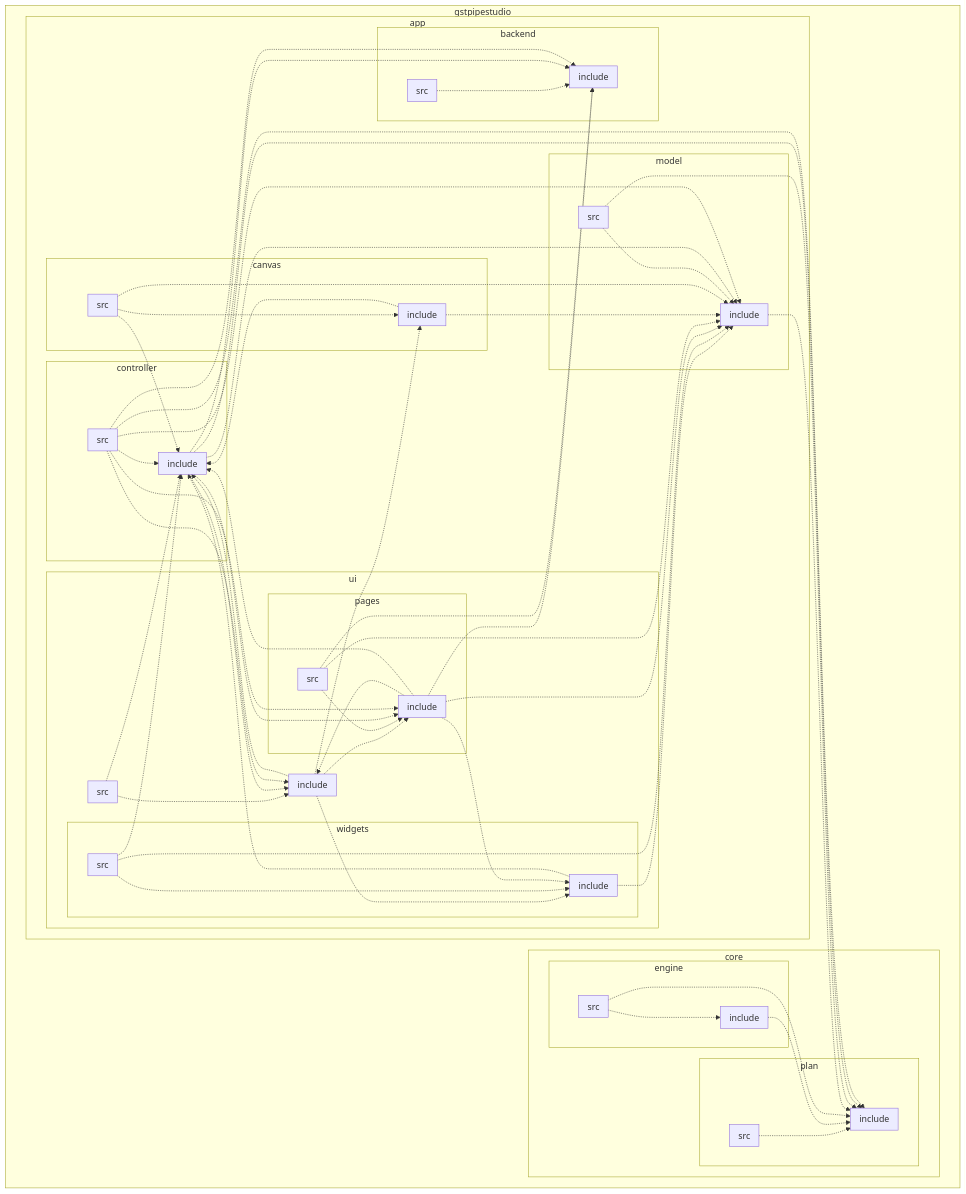
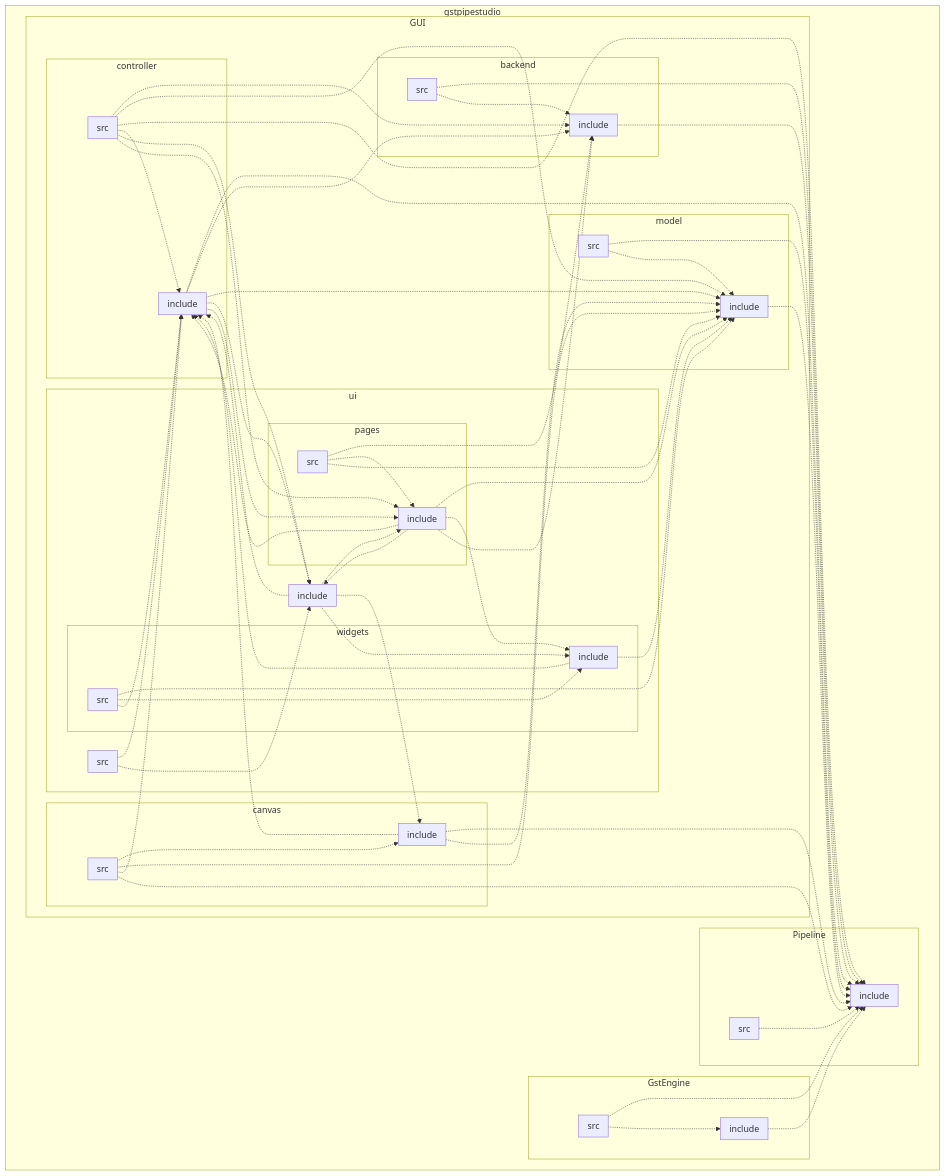
Before and after one commit to mevlt01001/GstPipeStudio: the diagram in gstpipestudio/docs/uml/architecture_overview.mmd, drawn with Mermaid. The commit also changed 14 other files, not shown here.

Commit message:
docs(uml): update UML diagrams [skip ci]

```diff
--- a/gstpipestudio/docs/uml/architecture_overview.mmd
+++ b/gstpipestudio/docs/uml/architecture_overview.mmd
@@ -1,107 +1,109 @@
 flowchart
     subgraph C_0017057495108627587053[gstpipestudio]
-    subgraph C_0012894861064521867090[core]
-    subgraph C_0002971759619185555352[plan]
-    subgraph C_0010367999445651334064[include]
+    subgraph C_0011100877587838171635[Pipeline]
+    subgraph C_0013451903814364007227[include]
     end
-    subgraph C_0002582689062293143727[src]
+    subgraph C_0005549685070532914683[src]
     end
     end
-    subgraph C_0017923219906842221277[engine]
-    subgraph C_0015966878866093441709[include]
+    subgraph C_0015072892890278278064[GstEngine]
+    subgraph C_0009379205534135218009[include]
     end
-    subgraph C_0007287627865216652411[src]
+    subgraph C_0007952921082079037063[src]
     end
     end
+    subgraph C_0016450184739886621825[GUI]
+    subgraph C_0015963174089252431139[backend]
+    subgraph C_0005997714335857916036[include]
     end
-    subgraph C_0017624386574524238040[app]
-    subgraph C_0002981332528105629303[backend]
-    subgraph C_0014306782409507360507[include]
-    end
-    subgraph C_0003203453289242908113[src]
+    subgraph C_0017412195170533298320[src]
     end
     end
-    subgraph C_0006670580327551572252[ui]
-    subgraph C_0015771189195752869915[include]
+    subgraph C_0006877111283526106112[model]
+    subgraph C_0010971195301671032649[include]
     end
-    subgraph C_0003776884589764586836[widgets]
-    subgraph C_0001266318526031853264[include]
-    end
-    subgraph C_0004990143619839606891[src]
+    subgraph C_0003173915324289022871[src]
     end
     end
-    subgraph C_0013130590165211359386[pages]
-    subgraph C_0014300313270481322647[include]
+    subgraph C_0013452498524715324093[ui]
+    subgraph C_0015285606492363479849[include]
     end
-    subgraph C_0013972685662614161342[src]
+    subgraph C_0001384092247444144172[widgets]
+    subgraph C_0015962202865084656013[include]
+    end
+    subgraph C_0011628789436367685739[src]
     end
     end
-    subgraph C_0000188829693883047291[src]
+    subgraph C_0012395537236495924999[pages]
+    subgraph C_0010183564496776104473[include]
+    end
+    subgraph C_0016274312495537776055[src]
     end
     end
-    subgraph C_0001376217784616554099[canvas]
-    subgraph C_0006334039208790150231[include]
-    end
-    subgraph C_0000872430317709054616[src]
+    subgraph C_0018182010445020833700[src]
     end
     end
-    subgraph C_0003304101111281652823[model]
-    subgraph C_0014186263553356077660[include]
+    subgraph C_0003060484438086645992[canvas]
+    subgraph C_0010396919742002596407[include]
     end
-    subgraph C_0008646445445754065813[src]
+    subgraph C_0011323056311705923130[src]
     end
     end
-    subgraph C_0017632301074384575440[controller]
-    subgraph C_0005714370440626416223[include]
+    subgraph C_0008394880345104841661[controller]
+    subgraph C_0000721726107133779639[include]
     end
-    subgraph C_0017776803766029362029[src]
+    subgraph C_0007677160247255698328[src]
     end
     end
     end
     end
-    C_0002582689062293143727 -.-> C_0010367999445651334064
-    C_0015966878866093441709 -.-> C_0010367999445651334064
-    C_0007287627865216652411 -.-> C_0010367999445651334064
-    C_0007287627865216652411 -.-> C_0015966878866093441709
-    C_0003203453289242908113 -.-> C_0014306782409507360507
-    C_0015771189195752869915 -.-> C_0005714370440626416223
-    C_0015771189195752869915 -.-> C_0006334039208790150231
-    C_0015771189195752869915 -.-> C_0014300313270481322647
-    C_0015771189195752869915 -.-> C_0001266318526031853264
-    C_0001266318526031853264 -.-> C_0014186263553356077660
-    C_0001266318526031853264 -.-> C_0005714370440626416223
-    C_0004990143619839606891 -.-> C_0014186263553356077660
-    C_0004990143619839606891 -.-> C_0001266318526031853264
-    C_0004990143619839606891 -.-> C_0005714370440626416223
-    C_0014300313270481322647 -.-> C_0014186263553356077660
-    C_0014300313270481322647 -.-> C_0001266318526031853264
-    C_0014300313270481322647 -.-> C_0015771189195752869915
-    C_0014300313270481322647 -.-> C_0014306782409507360507
-    C_0014300313270481322647 -.-> C_0005714370440626416223
-    C_0013972685662614161342 -.-> C_0014306782409507360507
-    C_0013972685662614161342 -.-> C_0014300313270481322647
-    C_0013972685662614161342 -.-> C_0014186263553356077660
-    C_0000188829693883047291 -.-> C_0005714370440626416223
-    C_0000188829693883047291 -.-> C_0015771189195752869915
-    C_0006334039208790150231 -.-> C_0005714370440626416223
-    C_0006334039208790150231 -.-> C_0014186263553356077660
-    C_0000872430317709054616 -.-> C_0006334039208790150231
-    C_0000872430317709054616 -.-> C_0014186263553356077660
-    C_0000872430317709054616 -.-> C_0005714370440626416223
-    C_0014186263553356077660 -.-> C_0010367999445651334064
-    C_0008646445445754065813 -.-> C_0010367999445651334064
-    C_0008646445445754065813 -.-> C_0014186263553356077660
-    C_0005714370440626416223 -.-> C_0010367999445651334064
-    C_0005714370440626416223 -.-> C_0014186263553356077660
-    C_0005714370440626416223 -.-> C_0014306782409507360507
-    C_0005714370440626416223 -.-> C_0015771189195752869915
-    C_0005714370440626416223 -.-> C_0014300313270481322647
-    C_0017776803766029362029 -.-> C_0014306782409507360507
-    C_0017776803766029362029 -.-> C_0014186263553356077660
-    C_0017776803766029362029 -.-> C_0010367999445651334064
-    C_0017776803766029362029 -.-> C_0005714370440626416223
-    C_0017776803766029362029 -.-> C_0015771189195752869915
-    C_0017776803766029362029 -.-> C_0014300313270481322647
+    C_0005549685070532914683 -.-> C_0013451903814364007227
+    C_0009379205534135218009 -.-> C_0013451903814364007227
+    C_0007952921082079037063 -.-> C_0013451903814364007227
+    C_0007952921082079037063 -.-> C_0009379205534135218009
+    C_0005997714335857916036 -.-> C_0013451903814364007227
+    C_0017412195170533298320 -.-> C_0013451903814364007227
+    C_0017412195170533298320 -.-> C_0005997714335857916036
+    C_0010971195301671032649 -.-> C_0013451903814364007227
+    C_0003173915324289022871 -.-> C_0013451903814364007227
+    C_0003173915324289022871 -.-> C_0010971195301671032649
+    C_0015285606492363479849 -.-> C_0000721726107133779639
+    C_0015285606492363479849 -.-> C_0010396919742002596407
+    C_0015285606492363479849 -.-> C_0010183564496776104473
+    C_0015285606492363479849 -.-> C_0015962202865084656013
+    C_0015962202865084656013 -.-> C_0010971195301671032649
+    C_0015962202865084656013 -.-> C_0000721726107133779639
+    C_0011628789436367685739 -.-> C_0010971195301671032649
+    C_0011628789436367685739 -.-> C_0015962202865084656013
+    C_0011628789436367685739 -.-> C_0000721726107133779639
+    C_0010183564496776104473 -.-> C_0010971195301671032649
+    C_0010183564496776104473 -.-> C_0015962202865084656013
+    C_0010183564496776104473 -.-> C_0015285606492363479849
+    C_0010183564496776104473 -.-> C_0005997714335857916036
+    C_0010183564496776104473 -.-> C_0000721726107133779639
+    C_0016274312495537776055 -.-> C_0005997714335857916036
+    C_0016274312495537776055 -.-> C_0010183564496776104473
+    C_0016274312495537776055 -.-> C_0010971195301671032649
+    C_0018182010445020833700 -.-> C_0000721726107133779639
+    C_0018182010445020833700 -.-> C_0015285606492363479849
+    C_0010396919742002596407 -.-> C_0000721726107133779639
+    C_0010396919742002596407 -.-> C_0013451903814364007227
+    C_0010396919742002596407 -.-> C_0010971195301671032649
+    C_0011323056311705923130 -.-> C_0010396919742002596407
+    C_0011323056311705923130 -.-> C_0010971195301671032649
+    C_0011323056311705923130 -.-> C_0000721726107133779639
+    C_0011323056311705923130 -.-> C_0013451903814364007227
+    C_0000721726107133779639 -.-> C_0013451903814364007227
+    C_0000721726107133779639 -.-> C_0005997714335857916036
+    C_0000721726107133779639 -.-> C_0010971195301671032649
+    C_0000721726107133779639 -.-> C_0015285606492363479849
+    C_0000721726107133779639 -.-> C_0010183564496776104473
+    C_0007677160247255698328 -.-> C_0005997714335857916036
+    C_0007677160247255698328 -.-> C_0010971195301671032649
+    C_0007677160247255698328 -.-> C_0013451903814364007227
+    C_0007677160247255698328 -.-> C_0000721726107133779639
+    C_0007677160247255698328 -.-> C_0015285606492363479849
+    C_0007677160247255698328 -.-> C_0010183564496776104473
 
 %% Generated with clang-uml, version 0.6.3
 %% LLVM version Ubuntu clang version 15.0.7
```
